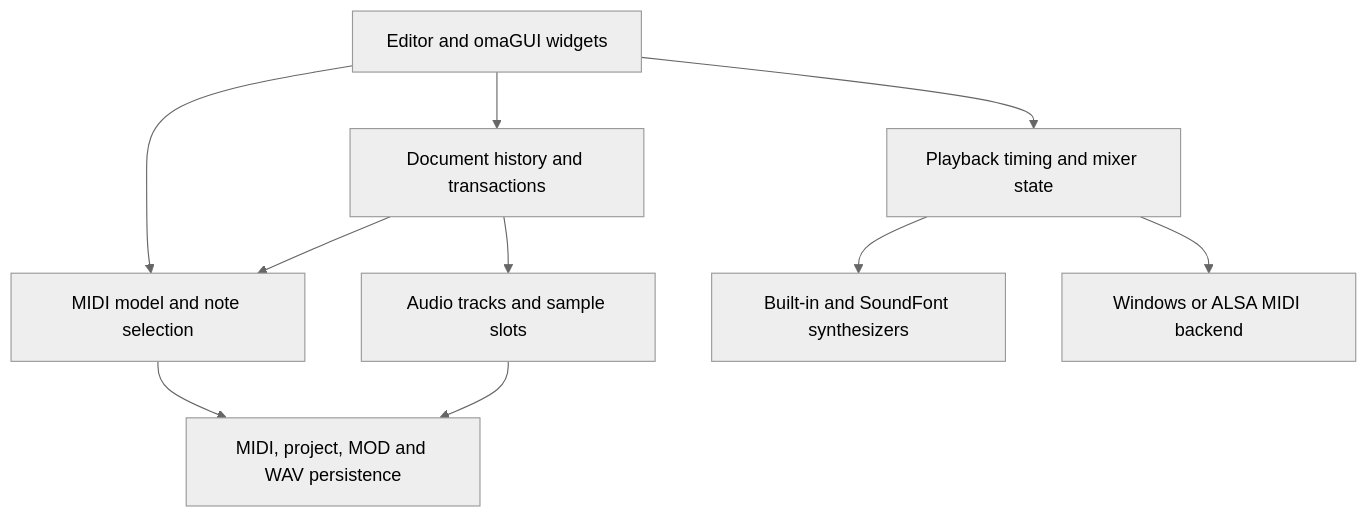
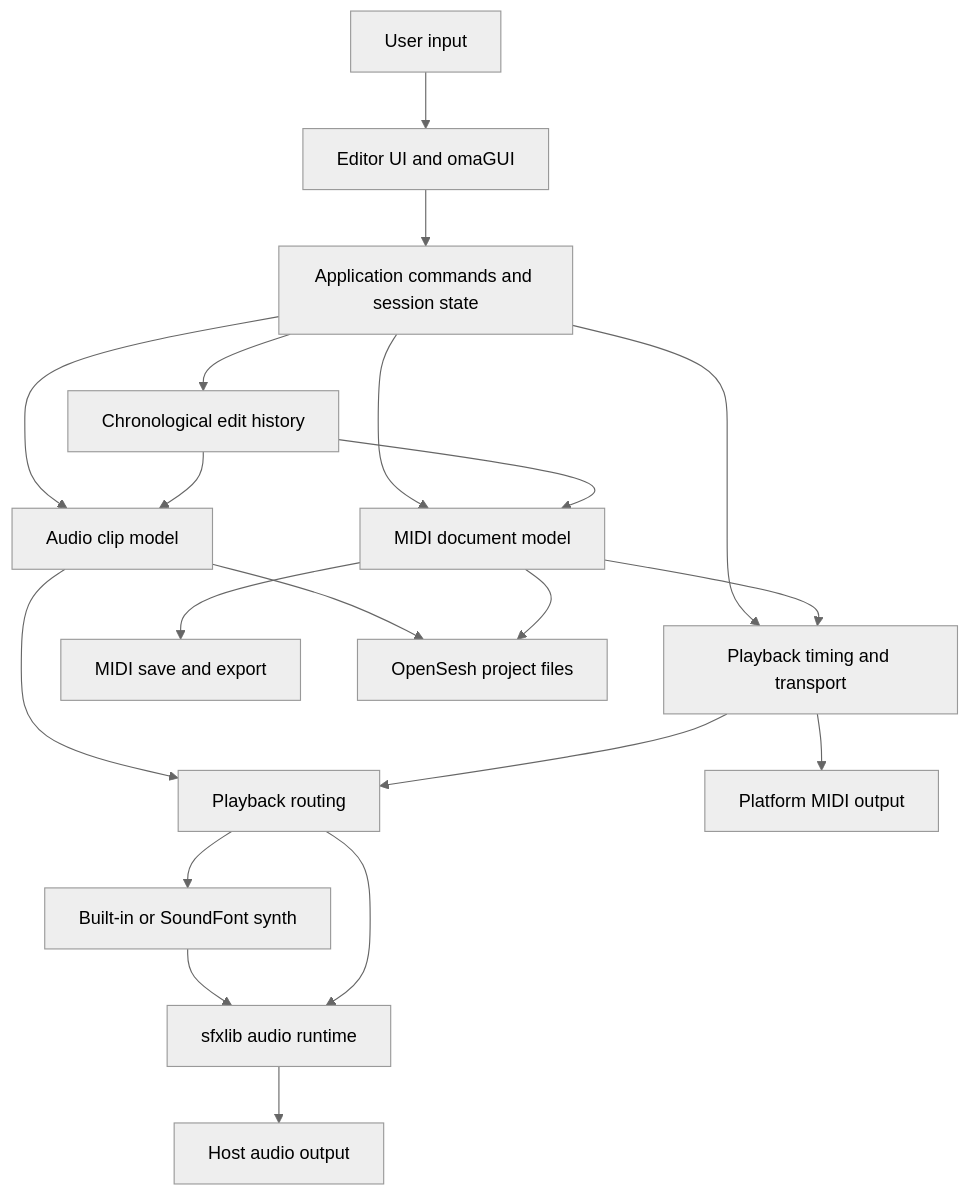
Before and after one commit to fbxl-sj0/OpenMidiSesh: the diagram in docs/ARCHITECTURE.md, drawn with Mermaid (neutral theme). The commit also changed other lines of this file and 148 other files, not shown here.

````diff
--- a/docs/ARCHITECTURE.md
+++ b/docs/ARCHITECTURE.md
@@ -16,12 +16,22 @@
-```mermaid
+~~~mermaid
 flowchart TD
-    UI[Editor and omaGUI widgets] --> Model[MIDI model and note selection]
-    UI --> History[Document history and transactions]
-    History --> Model
-    History --> Audio[Audio tracks and sample slots]
-    UI --> Playback[Playback timing and mixer state]
-    Playback --> Synth[Built-in and SoundFont synthesizers]
-    Playback --> MIDI[Windows or ALSA MIDI backend]
-    Model --> Files[MIDI, project, MOD and WAV persistence]
-    Audio --> Files
-```
+    User[User input] --> UI[Editor UI and omaGUI]
+    UI --> App[Application commands and session state]
+    App --> MIDI[MIDI document model]
+    App --> Audio[Audio clip model]
+    App --> History[Chronological edit history]
+    History --> MIDI
+    History --> Audio
+    App --> Timing[Playback timing and transport]
+    MIDI --> Timing
+    Audio --> Mix[Playback routing]
+    Timing --> Mix
+    Mix --> Synth[Built-in or SoundFont synth]
+    Synth --> Runtime[sfxlib audio runtime]
+    Mix --> Runtime
+    Runtime --> Output[Host audio output]
+    Timing --> NativeMIDI[Platform MIDI output]
+    MIDI --> Save[MIDI save and export]
+    Audio --> Project[OpenSesh project files]
+    MIDI --> Project
+~~~
````
